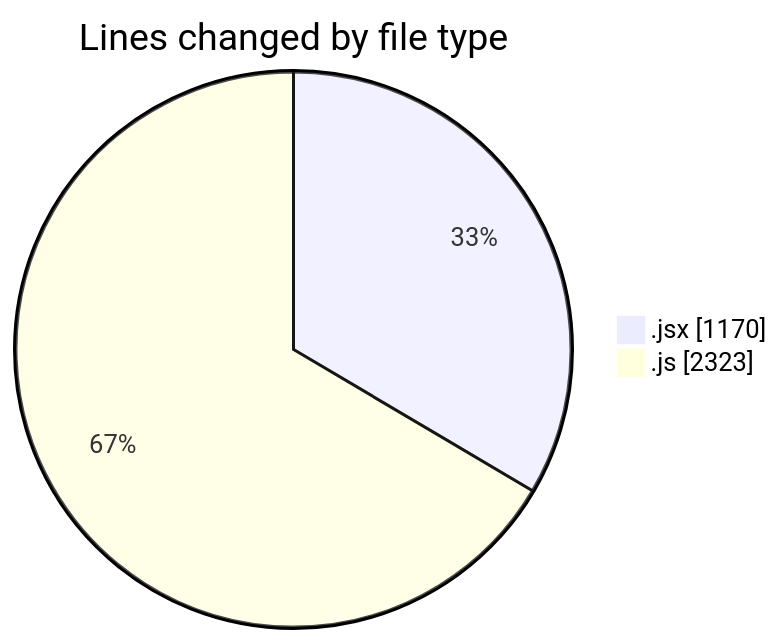
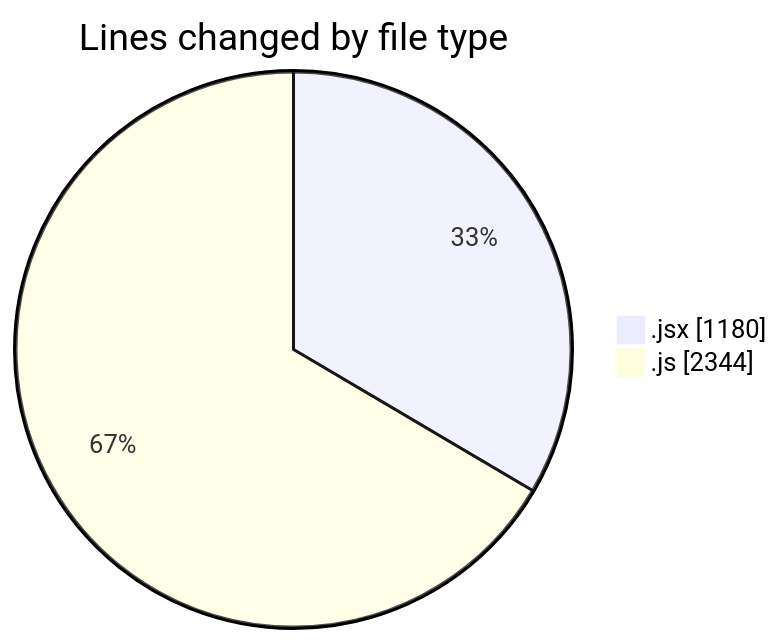
Before and after one commit to nxtqubesakshisongat/code-tracking: the first of 2 diagrams in 2025-12-08/nxtqube_webapp/README.md, drawn with Mermaid. The commit also changed other lines of this file and 1 other file, not shown here.

````diff
--- a/2025-12-08/nxtqube_webapp/README.md
+++ b/2025-12-08/nxtqube_webapp/README.md
@@ -25,6 +25,6 @@
 ```mermaid
 pie showData
 title Lines changed by file type
-".jsx" : 1170
-".js" : 2323
+".jsx" : 1180
+".js" : 2344
 ```
````
